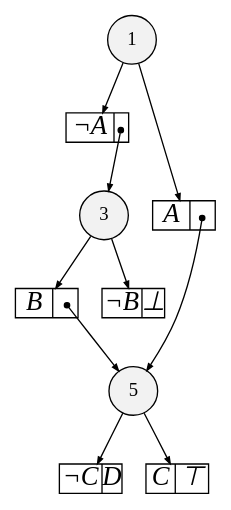
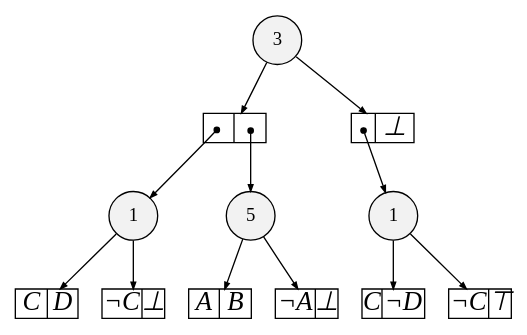
The diagram in outputs/SDD/sdd_cartpole-v0.dot (miguelamendez/S_Utility), drawn with Graphviz before and after one commit. The commit also changed 21 other files, not shown here.

```diff
--- a/outputs/SDD/sdd_cartpole-v0.dot
+++ b/outputs/SDD/sdd_cartpole-v0.dot
@@ -1,90 +1,115 @@
 
 digraph sdd {
 
 overlap=false
 
-{rank=same; n12 }
+{rank=same; n38 }
 {rank=same; n43 }
-{rank=same; n14 }
+{rank=same; n40 n42 }
 
-n12 [label= "5",style=filled,fillcolor=gray95,shape=circle,height=.25,width=.25]; 
-n12e0
-      [label= "<L>&not;C|<R>D",
+n38 [label= "5",style=filled,fillcolor=gray95,shape=circle,height=.25,width=.25]; 
+n38e0
+      [label= "<L>A|<R>B",
       shape=record,
       fontsize=20,
       fontname="Times-Italic",
       fillcolor=white,
       style=filled,
       fixedsize=true,
       height=.30, 
       width=.65];
 
-n12->n12e0 [arrowsize=.50];
-n12e1
-      [label= "<L>C|<R>&#8868;",
+n38->n38e0 [arrowsize=.50];
+n38e1
+      [label= "<L>&not;A|<R>&#8869;",
       shape=record,
       fontsize=20,
       fontname="Times-Italic",
       fillcolor=white,
       style=filled,
       fixedsize=true,
       height=.30, 
       width=.65];
 
-n12->n12e1 [arrowsize=.50];
+n38->n38e1 [arrowsize=.50];
 n43 [label= "3",style=filled,fillcolor=gray95,shape=circle,height=.25,width=.25]; 
 n43e0
-      [label= "<L>B|<R>",
+      [label= "<L>|<R>",
       shape=record,
       fontsize=20,
       fontname="Times-Italic",
       fillcolor=white,
       style=filled,
       fixedsize=true,
       height=.30, 
       width=.65];
 
 n43->n43e0 [arrowsize=.50];
-n43e0:R:c->n12 [arrowsize=.50,tailclip=false,arrowtail=dot,dir=both];
+n43e0:L:c->n40 [arrowsize=.50,tailclip=false,arrowtail=dot,dir=both];
+n43e0:R:c->n38 [arrowsize=.50,tailclip=false,arrowtail=dot,dir=both];
 n43e1
-      [label= "<L>&not;B|<R>&#8869;",
+      [label= "<L>|<R>&#8869;",
       shape=record,
       fontsize=20,
       fontname="Times-Italic",
       fillcolor=white,
       style=filled,
       fixedsize=true,
       height=.30, 
       width=.65];
 
 n43->n43e1 [arrowsize=.50];
-n14 [label= "1",style=filled,fillcolor=gray95,shape=circle,height=.25,width=.25]; 
-n14e0
-      [label= "<L>&not;A|<R>",
+n43e1:L:c->n42 [arrowsize=.50,tailclip=false,arrowtail=dot,dir=both];
+n40 [label= "1",style=filled,fillcolor=gray95,shape=circle,height=.25,width=.25]; 
+n40e0
+      [label= "<L>C|<R>D",
       shape=record,
       fontsize=20,
       fontname="Times-Italic",
       fillcolor=white,
       style=filled,
       fixedsize=true,
       height=.30, 
       width=.65];
 
-n14->n14e0 [arrowsize=.50];
-n14e0:R:c->n43 [arrowsize=.50,tailclip=false,arrowtail=dot,dir=both];
-n14e1
-      [label= "<L>A|<R>",
+n40->n40e0 [arrowsize=.50];
+n40e1
+      [label= "<L>&not;C|<R>&#8869;",
       shape=record,
       fontsize=20,
       fontname="Times-Italic",
       fillcolor=white,
       style=filled,
       fixedsize=true,
       height=.30, 
       width=.65];
 
-n14->n14e1 [arrowsize=.50];
-n14e1:R:c->n12 [arrowsize=.50,tailclip=false,arrowtail=dot,dir=both];
+n40->n40e1 [arrowsize=.50];
+n42 [label= "1",style=filled,fillcolor=gray95,shape=circle,height=.25,width=.25]; 
+n42e0
+      [label= "<L>C|<R>&not;D",
+      shape=record,
+      fontsize=20,
+      fontname="Times-Italic",
+      fillcolor=white,
+      style=filled,
+      fixedsize=true,
+      height=.30, 
+      width=.65];
+
+n42->n42e0 [arrowsize=.50];
+n42e1
+      [label= "<L>&not;C|<R>&#8868;",
+      shape=record,
+      fontsize=20,
+      fontname="Times-Italic",
+      fillcolor=white,
+      style=filled,
+      fixedsize=true,
+      height=.30, 
+      width=.65];
+
+n42->n42e1 [arrowsize=.50];
 
 
 }
```
